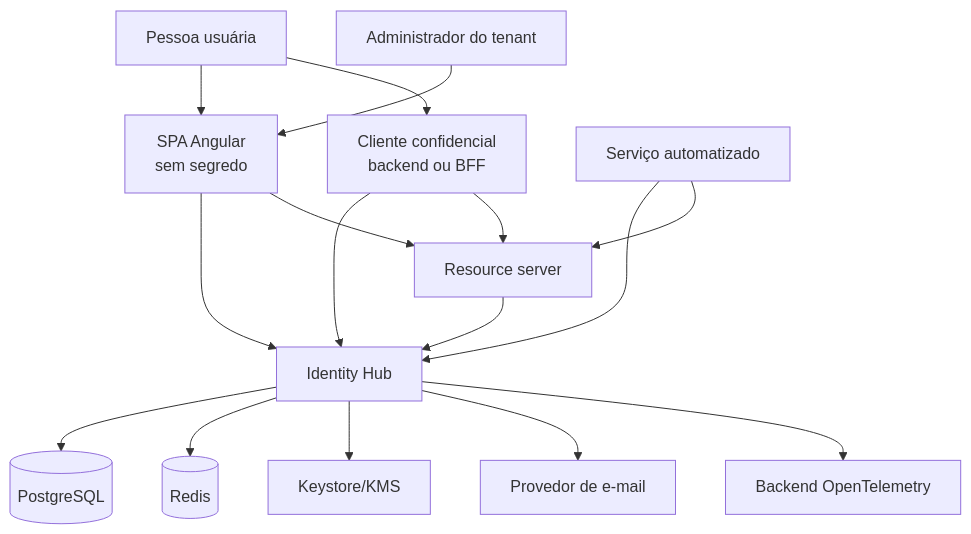
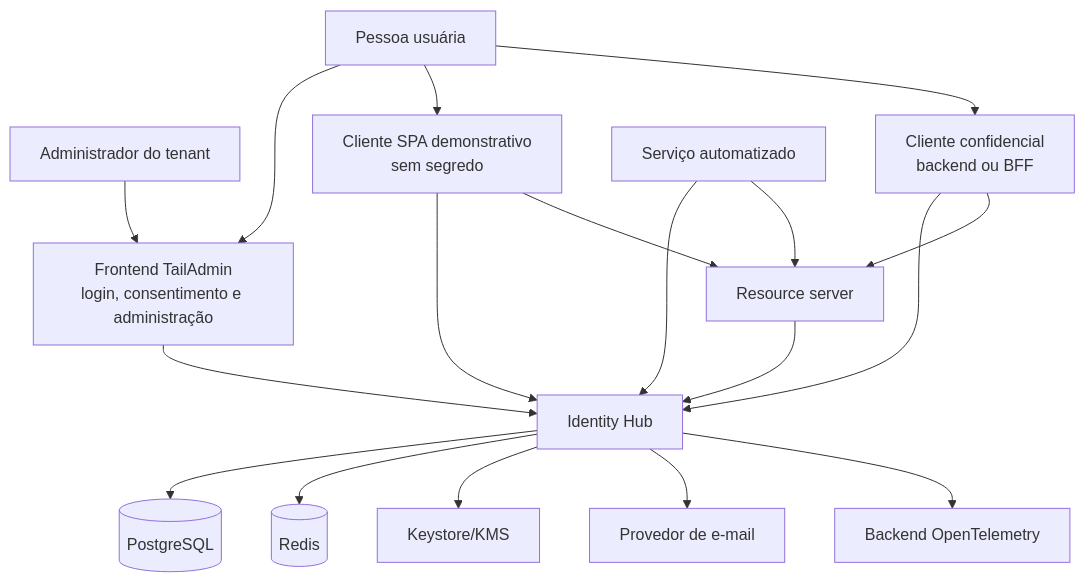
One commit to karamba121/identity-hub changed the first of 3 diagrams in docs/architecture/overview.md. Above: the diagram before and after it, drawn with Mermaid. The commit also changed other lines of this file and 4 other files, not shown here.

````diff
--- a/docs/architecture/overview.md
+++ b/docs/architecture/overview.md
@@ -36,31 +38,34 @@
 ```mermaid
 flowchart TB
     USER["Pessoa usuária"]
     ADMIN["Administrador do tenant"]
-    SPA["SPA Angular<br/>sem segredo"]
+    SSOUI["Frontend TailAdmin<br/>login, consentimento e administração"]
+    SPA["Cliente SPA demonstrativo<br/>sem segredo"]
     CONF["Cliente confidencial<br/>backend ou BFF"]
     SERVICE["Serviço automatizado"]
     HUB["Identity Hub"]
     RS["Resource server"]
     MAIL["Provedor de e-mail"]
     DB[("PostgreSQL")]
     REDIS[("Redis")]
     KMS["Keystore/KMS"]
     OTEL["Backend OpenTelemetry"]
 
+    USER --> SSOUI
+    ADMIN --> SSOUI
+    SSOUI --> HUB
     USER --> SPA
     USER --> CONF
-    ADMIN --> SPA
     SPA --> HUB
     CONF --> HUB
     SERVICE --> HUB
     SPA --> RS
     CONF --> RS
     SERVICE --> RS
     RS --> HUB
     HUB --> DB
     HUB --> REDIS
     HUB --> KMS
     HUB --> MAIL
     HUB --> OTEL
 ```
````
